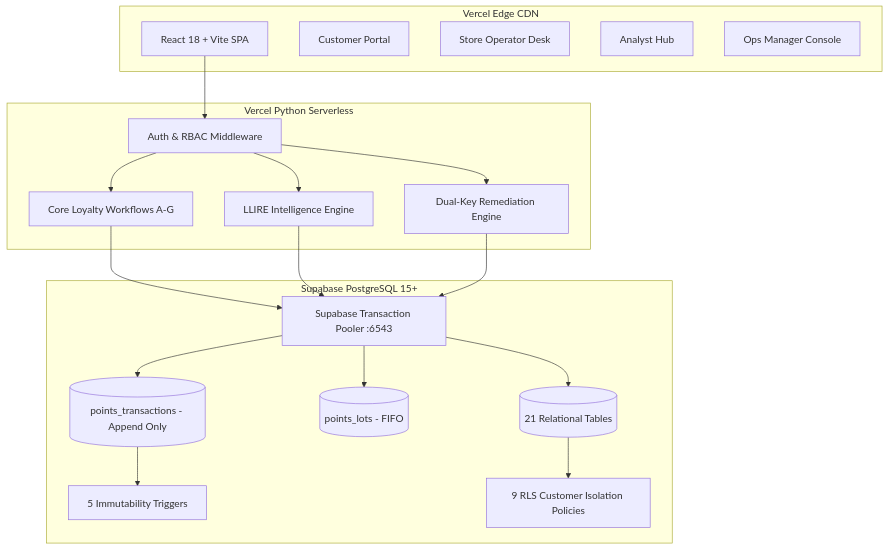
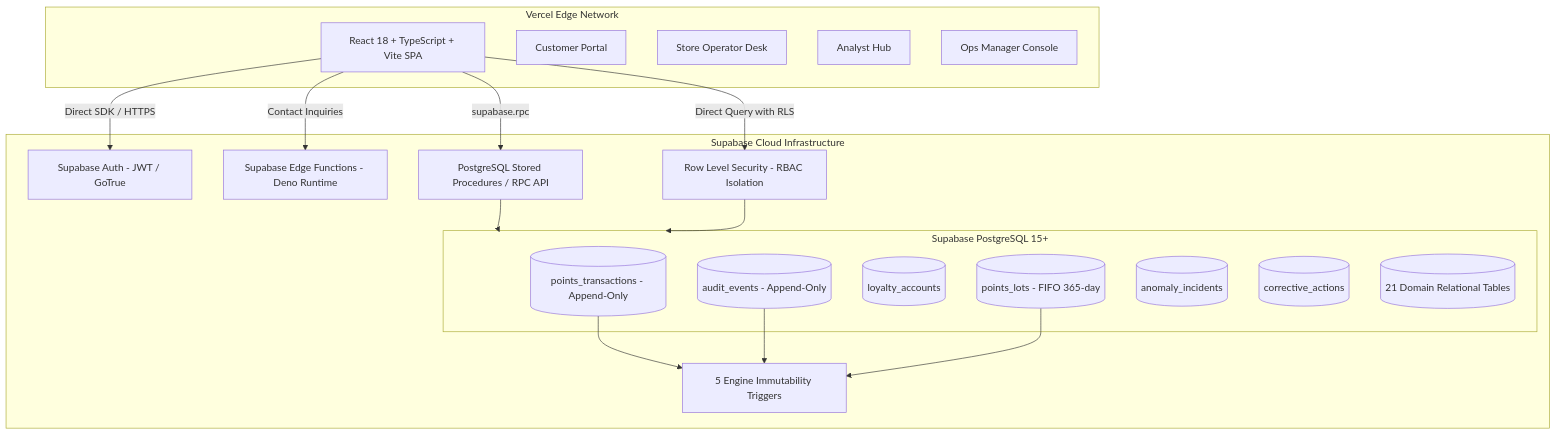
One commit to dandetejaswini/LoyaltyOS changed the diagram in docs/ARCHITECTURE.md. Above: the diagram before and after it, drawn with Mermaid. The commit also changed other lines of this file and 69 other files, not shown here.

Commit message:
feat(supabase): complete 100% Supabase backend migration, RPC, RLS, Edge Functions, and offline developer utilities

````diff
--- a/docs/ARCHITECTURE.md
+++ b/docs/ARCHITECTURE.md
@@ -13,39 +13,38 @@
 ```mermaid
 flowchart TD
-    subgraph Client Tier [Vercel Edge CDN]
-        UI[React 18 + Vite SPA]
+    subgraph Client [Vercel Edge Network]
+        FE[React 18 + TypeScript + Vite SPA]
         CP[Customer Portal]
         OP[Store Operator Desk]
         AH[Analyst Hub]
         OM[Ops Manager Console]
     end
 
-    subgraph API Tier [Vercel Python Serverless]
-        AUTH[Auth & RBAC Middleware]
-        WF[Core Loyalty Workflows A-G]
-        LLIRE[LLIRE Intelligence Engine]
-        REM[Dual-Key Remediation Engine]
+    subgraph SupabasePlatform [Supabase Cloud Infrastructure]
+        AUTH[Supabase Auth - JWT / GoTrue]
+        EDGE[Supabase Edge Functions - Deno Runtime]
+        RPC[PostgreSQL Stored Procedures / RPC API]
+        RLS[Row Level Security - RBAC Isolation]
+        TRIGGERS[5 Engine Immutability Triggers]
+        
+        subgraph PostgreSQL [Supabase PostgreSQL 15+]
+            JOURNAL[(points_transactions - Append-Only)]
+            LOTS[(points_lots - FIFO 365-day)]
+            ACCOUNTS[(loyalty_accounts)]
+            AUDIT[(audit_events - Append-Only)]
+            INCIDENTS[(anomaly_incidents)]
+            ACTIONS[(corrective_actions)]
+            TABLES[(21 Domain Relational Tables)]
+        end
     end
 
-    subgraph Data Tier [Supabase PostgreSQL 15+]
-        POOLER[Supabase Transaction Pooler :6543]
-        JOURNAL[(points_transactions - Append Only)]
-        LOTS[(points_lots - FIFO)]
-        MODELS[(21 Relational Tables)]
-        TRIGGERS[5 Immutability Triggers]
-        RLS[9 RLS Customer Isolation Policies]
-    end
-
-    UI --> AUTH
-    AUTH --> WF
-    AUTH --> LLIRE
-    AUTH --> REM
-    WF --> POOLER
-    LLIRE --> POOLER
-    REM --> POOLER
-    POOLER --> JOURNAL
-    POOLER --> LOTS
-    POOLER --> MODELS
+    FE -->|Direct SDK / HTTPS| AUTH
+    FE -->|supabase.rpc| RPC
+    FE -->|Direct Query with RLS| RLS
+    FE -->|Contact Inquiries| EDGE
+    RPC --> PostgreSQL
+    RLS --> PostgreSQL
     JOURNAL --> TRIGGERS
-    MODELS --> RLS
+    AUDIT --> TRIGGERS
+    LOTS --> TRIGGERS
 ```
````
